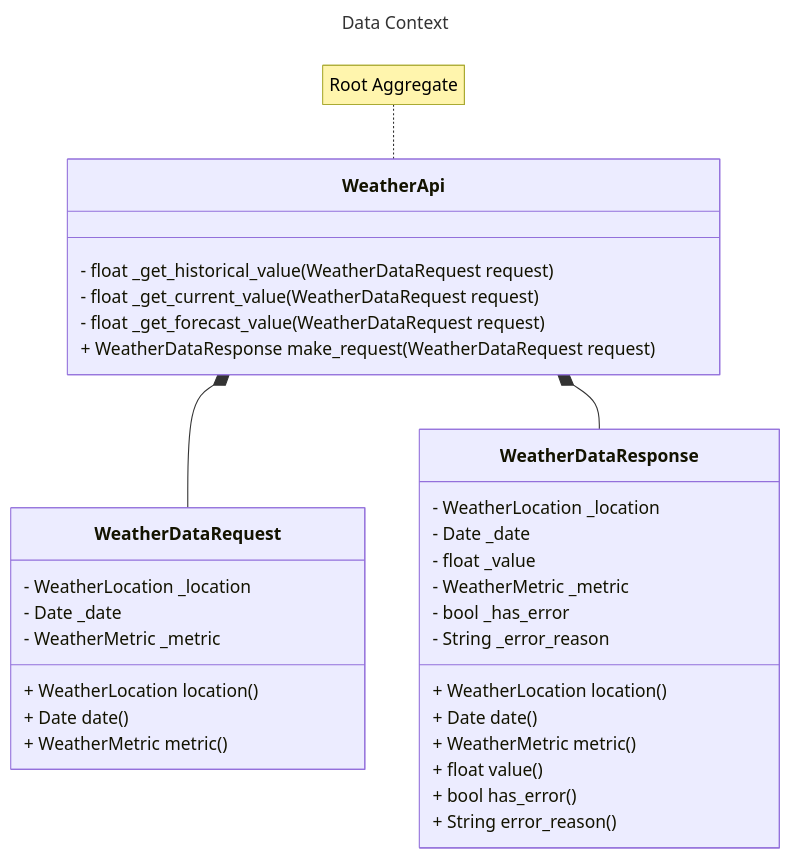
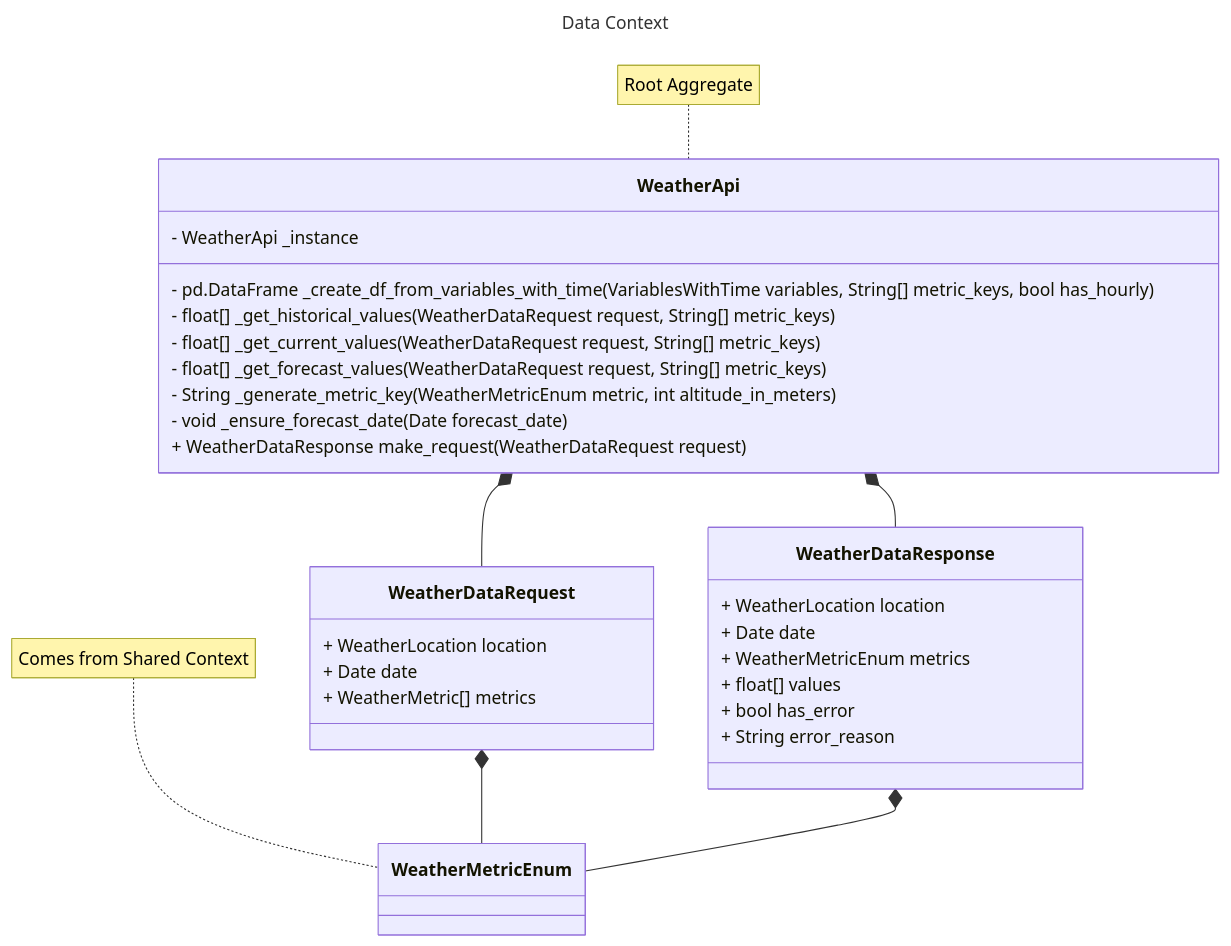
The fourth of 5 diagrams in doc/architecture.md (yhutter-dv/fhgr-tweather), drawn with Mermaid before and after one commit. The commit also changed other lines of this file, not shown here.

Commit message:
Update Architecture.

````diff
--- a/doc/architecture.md
+++ b/doc/architecture.md
@@ -151,41 +122,43 @@
 ```mermaid
 ---
 title: Data Context
 ---
 classDiagram
 
     WeatherApi *-- WeatherDataRequest
     WeatherApi *-- WeatherDataResponse
+    WeatherDataRequest *-- WeatherMetricEnum
+    WeatherDataResponse *-- WeatherMetricEnum
+
+    note for WeatherMetricEnum "Comes from Shared Context"
+    class WeatherMetricEnum {
+        
+    }
 
     note for WeatherApi "Root Aggregate"
     class WeatherApi {
-        - float _get_historical_value(WeatherDataRequest request)
-        - float _get_current_value(WeatherDataRequest request)
-        - float _get_forecast_value(WeatherDataRequest request)
+        - WeatherApi _instance
+        - pd.DataFrame  _create_df_from_variables_with_time(VariablesWithTime variables, String[] metric_keys, bool has_hourly)
+        - float[] _get_historical_values(WeatherDataRequest request, String[] metric_keys)
+        - float[] _get_current_values(WeatherDataRequest request, String[] metric_keys)
+        - float[] _get_forecast_values(WeatherDataRequest request, String[] metric_keys)
+        - String _generate_metric_key(WeatherMetricEnum metric, int altitude_in_meters)
+        - void _ensure_forecast_date(Date forecast_date)
         + WeatherDataResponse make_request(WeatherDataRequest request) 
     }
 
     class WeatherDataRequest {
-        - WeatherLocation _location
-        - Date _date
-        - WeatherMetric _metric
-        + WeatherLocation location()
-        + Date date()
-        + WeatherMetric metric()
+        + WeatherLocation location
+        + Date date
+        + WeatherMetric[] metrics
     }
 
     class WeatherDataResponse {
-        - WeatherLocation _location
-        - Date _date
-        - float _value
-        - WeatherMetric _metric
-        - bool _has_error
-        - String _error_reason
-        + WeatherLocation location()
-        + Date date()
-        + WeatherMetric metric()
-        + float value()
-        + bool has_error()
-        + String error_reason()
+        + WeatherLocation location
+        + Date date
+        + WeatherMetricEnum metrics
+        + float[] values
+        + bool has_error
+        + String error_reason
     }
 ```
````
